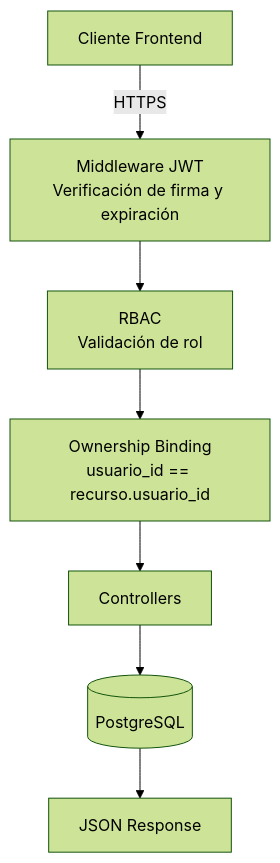
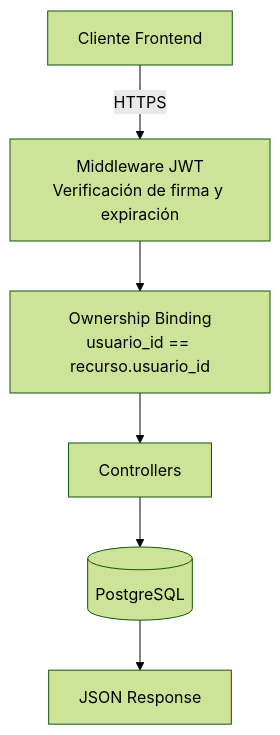
One commit to AleMonCayola/Lab_Backend_Catastro changed the diagram in README.md. Above: the diagram before and after it, drawn with Mermaid (forest theme). The commit also changed other lines of this file, not shown here.

````diff
--- a/README.md
+++ b/README.md
@@ -25,18 +24,16 @@
 ```mermaid
 flowchart TD
 
 A[Cliente Frontend]
 B[Middleware JWT<br/>Verificación de firma y expiración]
-C[RBAC<br/>Validación de rol]
-D[Ownership Binding<br/>usuario_id == recurso.usuario_id]
-E[Controllers]
-F[(PostgreSQL)]
-G[JSON Response]
+C[Ownership Binding<br/>usuario_id == recurso.usuario_id]
+D[Controllers]
+E[(PostgreSQL)]
+F[JSON Response]
 
 A -->|HTTPS| B
 B --> C
 C --> D
 D --> E
 E --> F
-F --> G
 ```
````
